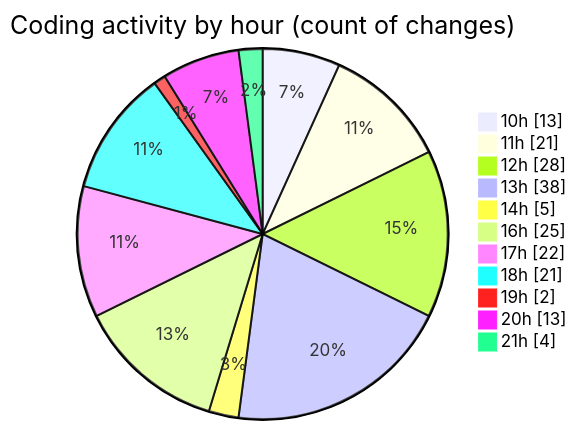
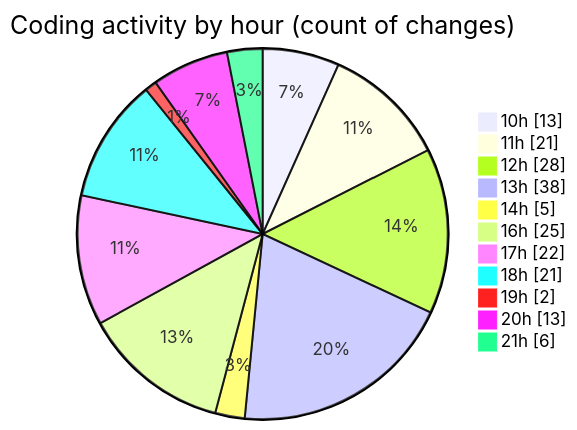
Before and after one commit to momahboobian/code-tracking: the second of 2 diagrams in 2025-06-19/cda/README.md, drawn with Mermaid. The commit also changed other lines of this file and 1 other file, not shown here.

````diff
--- a/2025-06-19/cda/README.md
+++ b/2025-06-19/cda/README.md
@@ -49,15 +50,15 @@
 ```mermaid
 pie showData
 title Coding activity by hour (count of changes)
 "10h" : 13
 "11h" : 21
 "12h" : 28
 "13h" : 38
 "14h" : 5
 "16h" : 25
 "17h" : 22
 "18h" : 21
 "19h" : 2
 "20h" : 13
-"21h" : 4
+"21h" : 6
 ```
````
